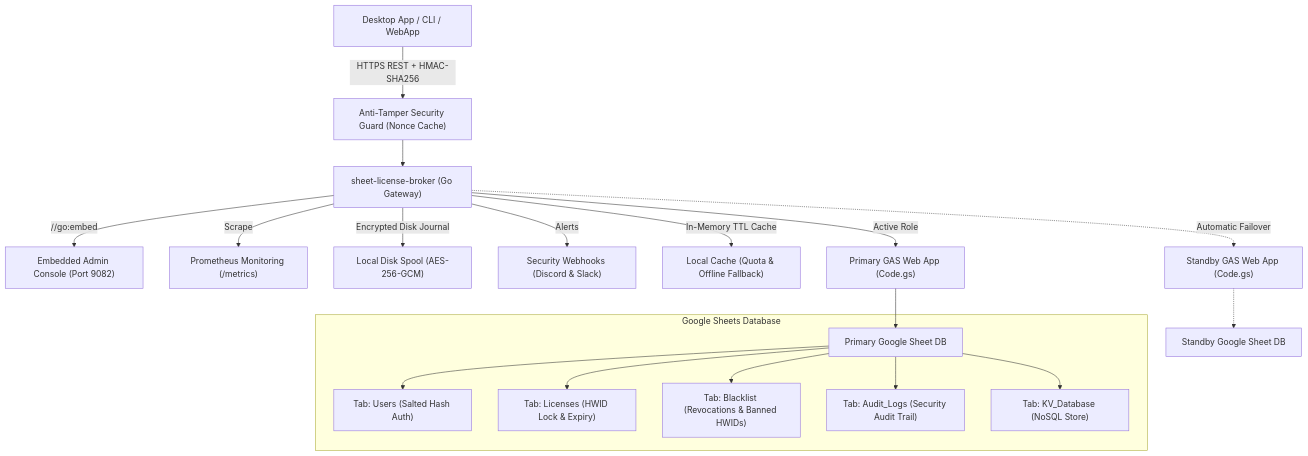
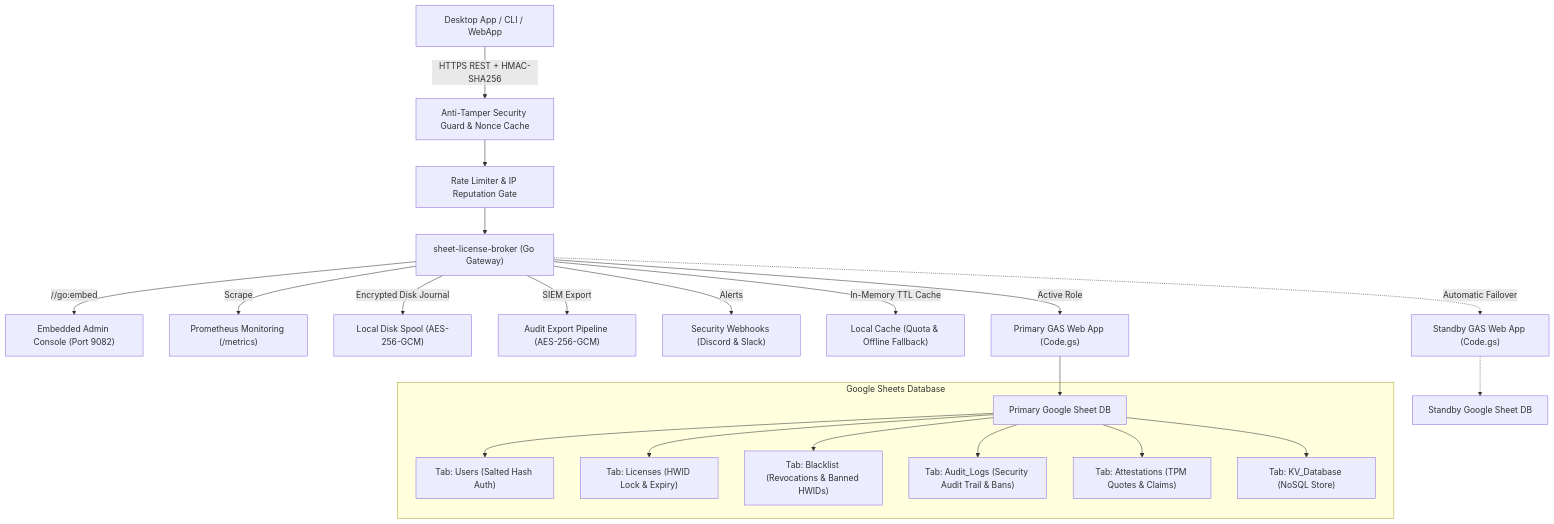
Before and after one commit to kLauncher1/sheet-license-broker: the diagram in README.md, drawn with Mermaid. The commit also changed other lines of this file and 29 other files, not shown here.

Commit message:
feat: enterprise rate limiting, sliding-window IP reputation, and encrypted audit token export (v0.9.0)

````diff
--- a/README.md
+++ b/README.md
@@ -54,22 +58,25 @@
 ```mermaid
 flowchart TD
-    Client["Desktop App / CLI / WebApp"] -->|HTTPS REST + HMAC-SHA256| Guard["Anti-Tamper Security Guard (Nonce Cache)"]
-    Guard --> Broker["sheet-license-broker (Go Gateway)"]
+    Client["Desktop App / CLI / WebApp"] -->|HTTPS REST + HMAC-SHA256| Guard["Anti-Tamper Security Guard & Nonce Cache"]
+    Guard --> Limiter["Rate Limiter & IP Reputation Gate"]
+    Limiter --> Broker["sheet-license-broker (Go Gateway)"]
     Broker -->|//go:embed| WebUI["Embedded Admin Console (Port 9082)"]
     Broker -->|Scrape| Prom["Prometheus Monitoring (/metrics)"]
     Broker -->|Encrypted Disk Journal| Spool["Local Disk Spool (AES-256-GCM)"]
+    Broker -->|SIEM Export| SIEM["Audit Export Pipeline (AES-256-GCM)"]
     Broker -->|Alerts| Alerts["Security Webhooks (Discord & Slack)"]
     Broker -->|In-Memory TTL Cache| Cache["Local Cache (Quota & Offline Fallback)"]
     Broker -->|Active Role| Primary["Primary GAS Web App (Code.gs)"]
     Broker -.->|Automatic Failover| Standby["Standby GAS Web App (Code.gs)"]
     Primary --> Sheets1["Primary Google Sheet DB"]
     Standby -.-> Sheets2["Standby Google Sheet DB"]
 
     subgraph Google Sheets Database
         Sheets1 --> Tab1["Tab: Users (Salted Hash Auth)"]
         Sheets1 --> Tab2["Tab: Licenses (HWID Lock & Expiry)"]
         Sheets1 --> Tab3["Tab: Blacklist (Revocations & Banned HWIDs)"]
-        Sheets1 --> Tab4["Tab: Audit_Logs (Security Audit Trail)"]
-        Sheets1 --> Tab5["Tab: KV_Database (NoSQL Store)"]
+        Sheets1 --> Tab4["Tab: Audit_Logs (Security Audit Trail & Bans)"]
+        Sheets1 --> Tab5["Tab: Attestations (TPM Quotes & Claims)"]
+        Sheets1 --> Tab6["Tab: KV_Database (NoSQL Store)"]
     end
 ```
````
